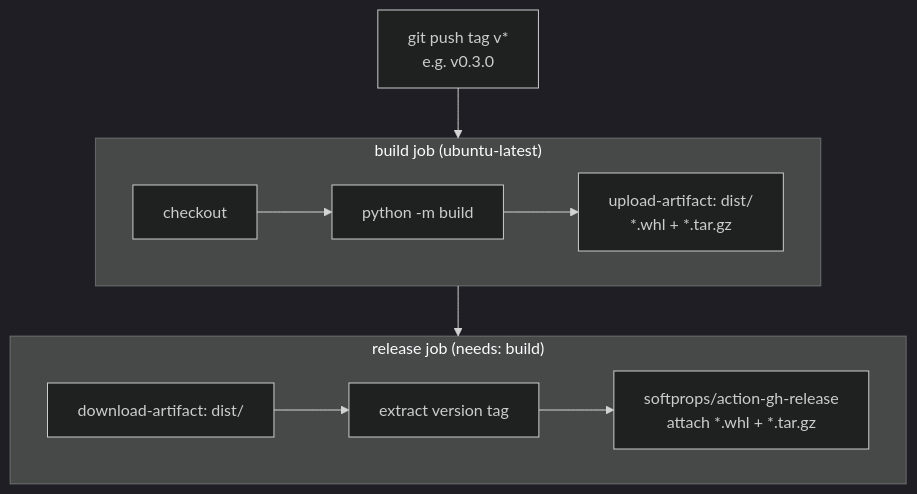
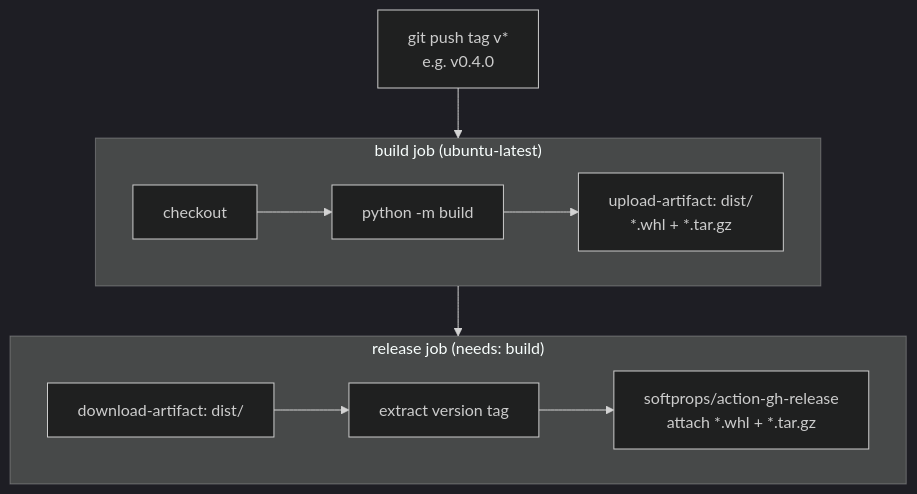
The diagram in docs/deployment.md (Hello-0jun/EARSYS), drawn with Mermaid (dark theme) before and after one commit. The commit also changed other lines of this file and 5 other files, not shown here.

````diff
--- a/docs/deployment.md
+++ b/docs/deployment.md
@@ -76,16 +73,16 @@
 ``` mermaid
 flowchart TD
-    TAG["git push tag v*\ne.g. v0.3.0"] --> BUILD
+    TAG["git push tag v*\ne.g. v0.4.0"] --> BUILD
 
     subgraph BUILD["build job  (ubuntu-latest)"]
         B1["checkout"] --> B2["python -m build"]
         B2 --> B3["upload-artifact: dist/\n*.whl  +  *.tar.gz"]
     end
 
     BUILD --> RELEASE
 
     subgraph RELEASE["release job  (needs: build)"]
         R1["download-artifact: dist/"] --> R2["extract version tag"]
         R2 --> R3["softprops/action-gh-release\nattach *.whl + *.tar.gz"]
     end
 ```
````
